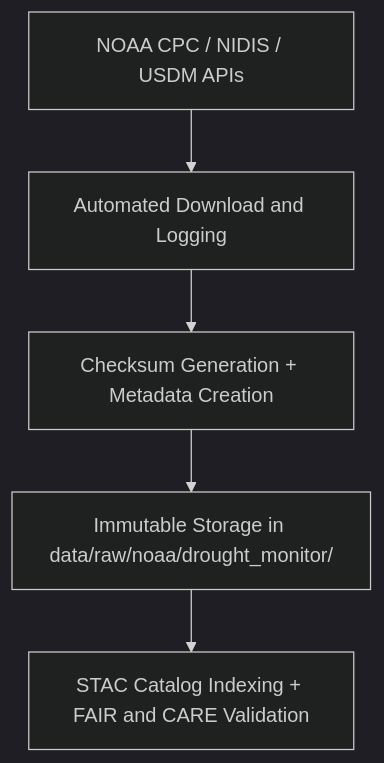
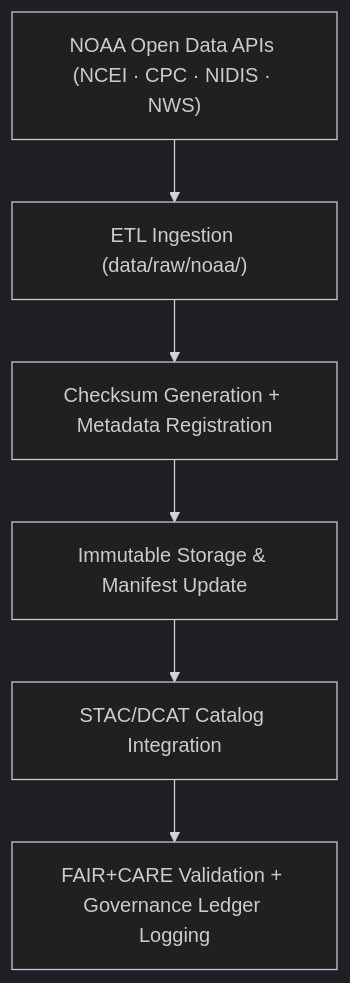
One commit to bartytime4life/Kansas-Frontier-Matrix changed the diagram in data/raw/noaa/drought_monitor/README.md. Above: the diagram before and after it, drawn with Mermaid (dark theme). The commit also changed other lines of this file, not shown here.

First line of the commit message:
Revise README for NOAA Raw Data Repository v9.5.1

````diff
--- a/data/raw/noaa/drought_monitor/README.md
+++ b/data/raw/noaa/drought_monitor/README.md
@@ -59,7 +72,8 @@
 ```mermaid
 flowchart TD
-    A["NOAA CPC / NIDIS / USDM APIs"] --> B["Automated Download and Logging"]
-    B --> C["Checksum Generation + Metadata Creation"]
-    C --> D["Immutable Storage in data/raw/noaa/drought_monitor/"]
-    D --> E["STAC Catalog Indexing + FAIR and CARE Validation"]
+  A["NOAA Open Data APIs (NCEI · CPC · NIDIS · NWS)"] --> B["ETL Ingestion (data/raw/noaa/)"]
+  B --> C["Checksum Generation + Metadata Registration"]
+  C --> D["Immutable Storage & Manifest Update"]
+  D --> E["STAC/DCAT Catalog Integration"]
+  E --> F["FAIR+CARE Validation + Governance Ledger Logging"]
 ```
````
